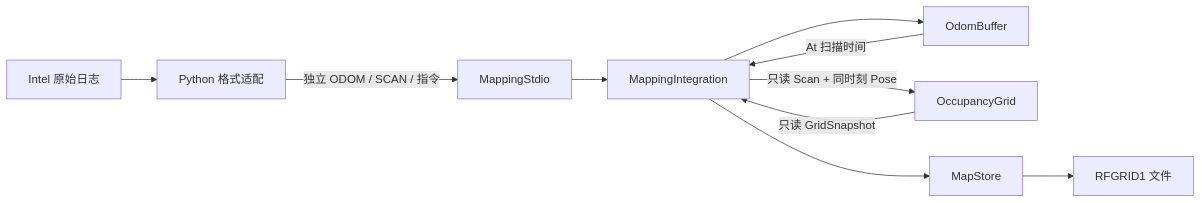
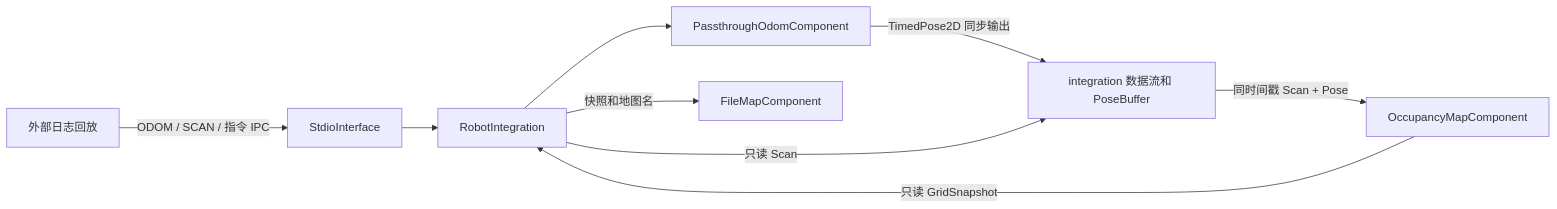
The diagram in docs/mapping.md (PU-UP/roboframe), drawn with Mermaid before and after one commit. The commit also changed other lines of this file and 102 other files, not shown here.

Commit message:
Refactor product components and correct per-scan occupancy updates

```diff
--- a/docs/mapping.md
+++ b/docs/mapping.md
@@ -67,12 +6,11 @@
 ~~~mermaid
 flowchart LR
-  D[Intel 原始日志] --> P[Python 格式适配]
-  P -->|独立 ODOM / SCAN / 指令| I[MappingStdio]
-  I --> N[MappingIntegration]
-  N --> O[OdomBuffer]
-  O -->|At 扫描时间| N
-  N -->|只读 Scan + 同时刻 Pose| G[OccupancyGrid]
-  G -->|只读 GridSnapshot| N
-  N --> S[MapStore]
-  S --> F[RFGRID1 文件]
+    R[外部日志回放] -->|ODOM / SCAN / 指令 IPC| I[StdioInterface]
+    I --> N[RobotIntegration]
+    N --> O[PassthroughOdomComponent]
+    O -->|TimedPose2D 同步输出| D[integration 数据流和 PoseBuffer]
+    N -->|只读 Scan| D
+    D -->|同时间戳 Scan + Pose| U[OccupancyMapComponent]
+    N -->|快照和地图名| M[FileMapComponent]
+    U -->|只读 GridSnapshot| N
 ~~~
```
